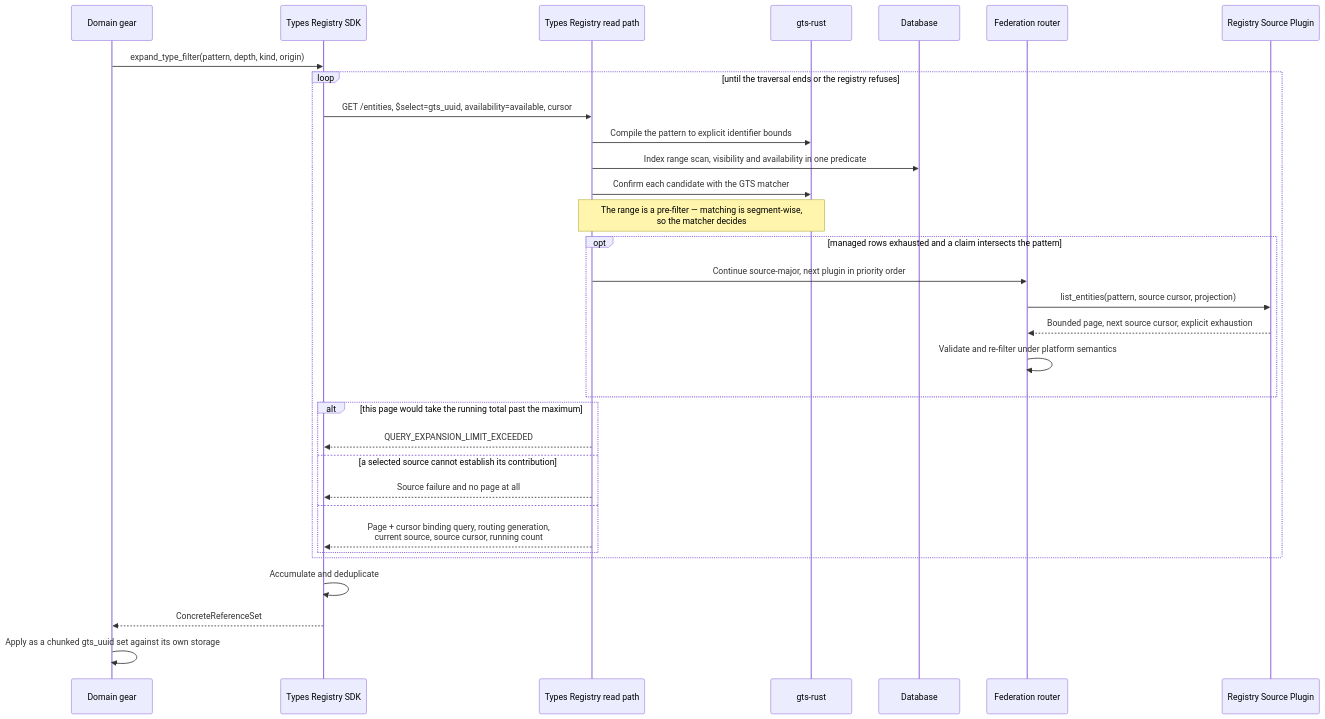
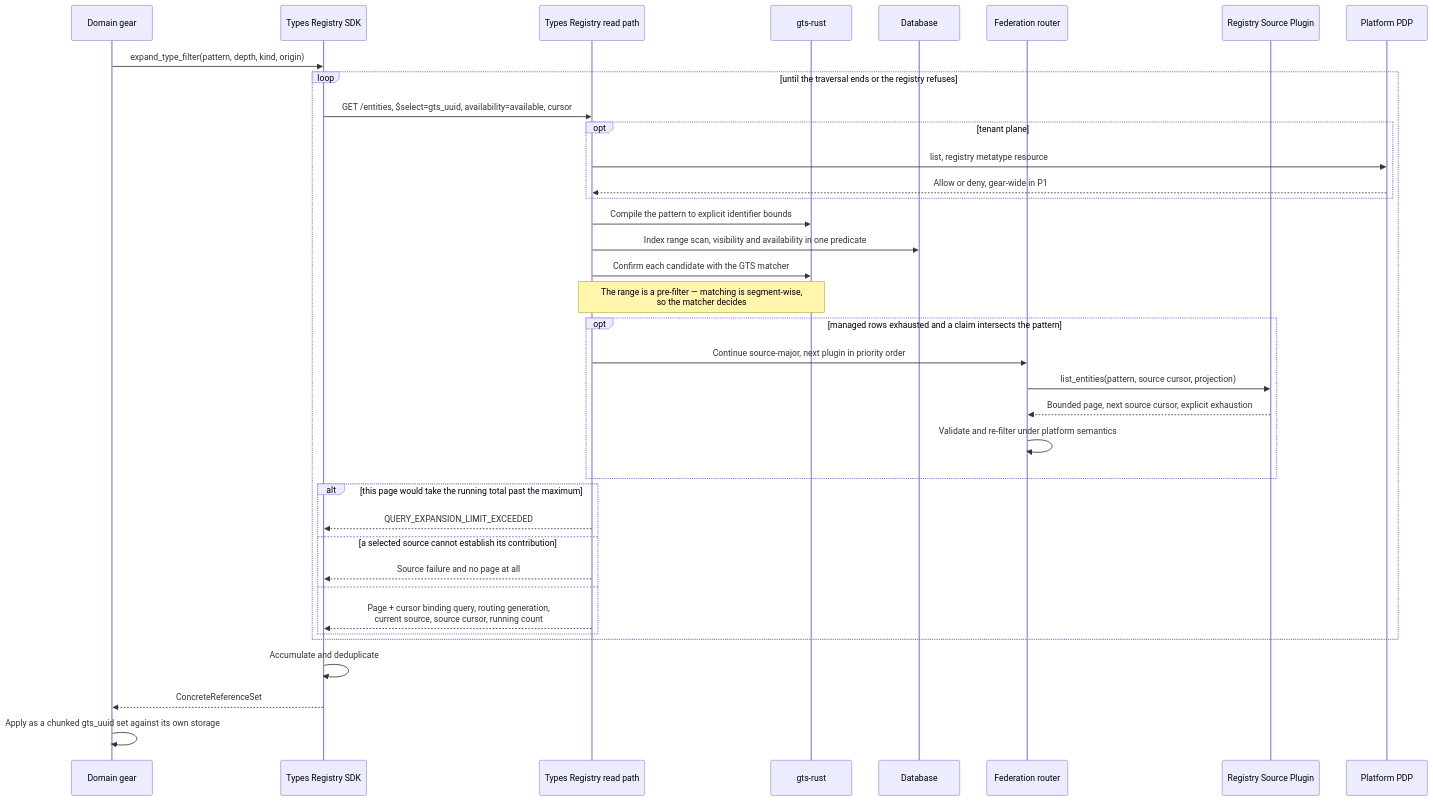
One commit to Andrei-Iliushin-Constructor/gears-rust changed the sixth of 6 diagrams in gears/system/types-registry/docs/DESIGN.md. Above: the diagram before and after it, drawn with Mermaid. The commit also changed other lines of this file and 4 other files, not shown here.

First line of the commit message:
docs(types-registry): define read and list authorization

````diff
--- a/gears/system/types-registry/docs/DESIGN.md
+++ b/gears/system/types-registry/docs/DESIGN.md
@@ -1793,35 +1879,40 @@
 ```mermaid
 sequenceDiagram
     participant DG as Domain gear
     participant S as Types Registry SDK
     participant A as Types Registry read path
     participant G as gts-rust
     participant D as Database
     participant R as Federation router
     participant P as Registry Source Plugin
+    participant Z as Platform PDP
 
     DG->>S: expand_type_filter(pattern, depth, kind, origin)
     loop until the traversal ends or the registry refuses
         S->>A: GET /entities, $select=gts_uuid, availability=available, cursor
+        opt tenant plane
+            A->>Z: list, registry metatype resource
+            Z-->>A: Allow or deny, gear-wide in P1
+        end
         A->>G: Compile the pattern to explicit identifier bounds
         A->>D: Index range scan, visibility and availability in one predicate
         A->>G: Confirm each candidate with the GTS matcher
         Note over A,G: The range is a pre-filter — matching is segment-wise,<br/>so the matcher decides
         opt managed rows exhausted and a claim intersects the pattern
             A->>R: Continue source-major, next plugin in priority order
             R->>P: list_entities(pattern, source cursor, projection)
             P-->>R: Bounded page, next source cursor, explicit exhaustion
             R->>R: Validate and re-filter under platform semantics
         end
         alt this page would take the running total past the maximum
             A-->>S: QUERY_EXPANSION_LIMIT_EXCEEDED
         else a selected source cannot establish its contribution
             A-->>S: Source failure and no page at all
         else
             A-->>S: Page + cursor binding query, routing generation,<br/>current source, source cursor, running count
         end
     end
     S->>S: Accumulate and deduplicate
     S-->>DG: ConcreteReferenceSet
     DG->>DG: Apply as a chunked gts_uuid set against its own storage
 ```
````
